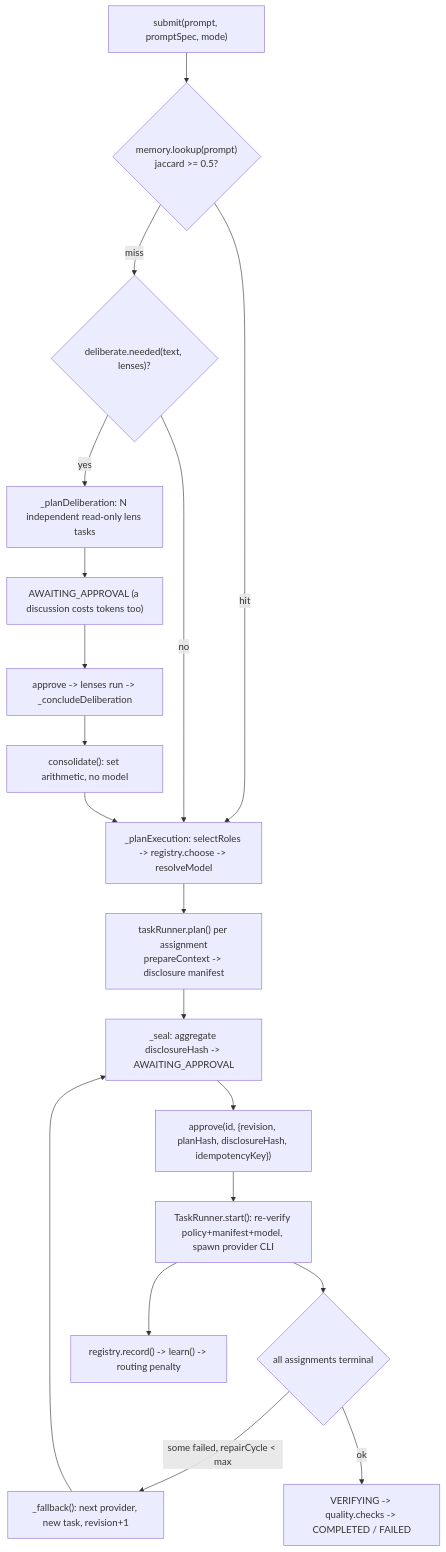
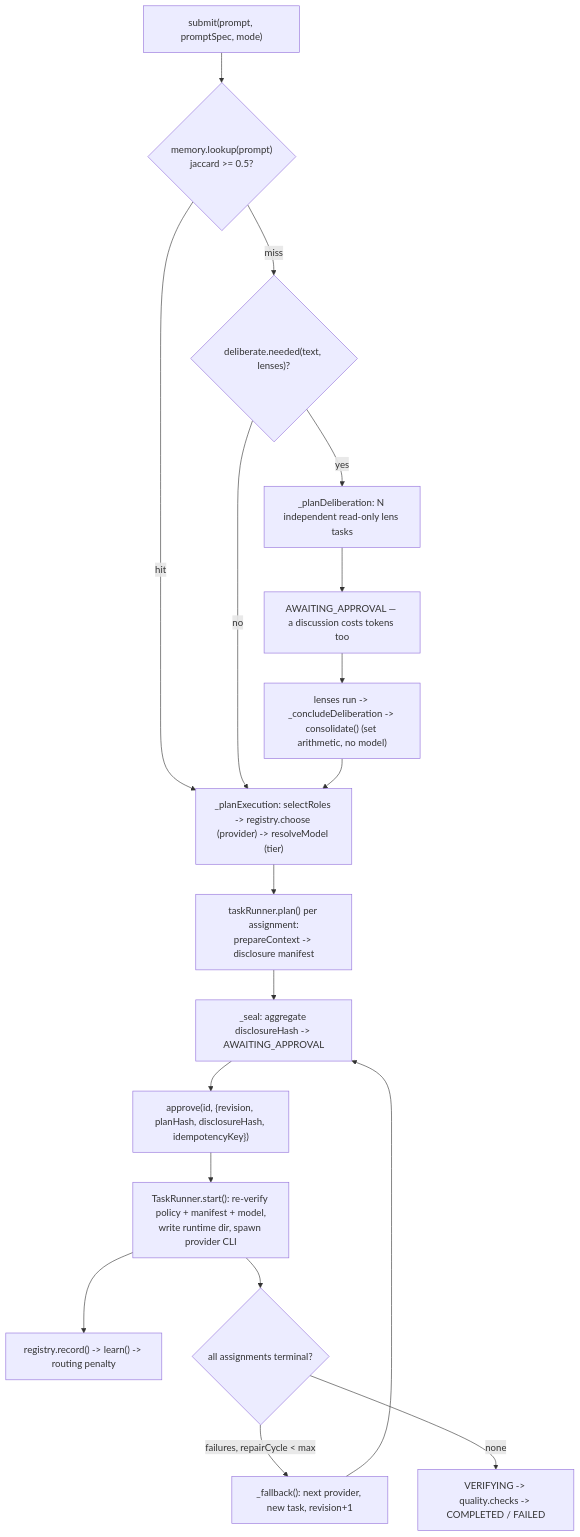
One commit to bigkijimon/bigkiji-universe changed the diagram in docs/architecture.md. Above: the diagram before and after it, drawn with Mermaid. The commit also changed other lines of this file and 6 other files, not shown here.

````diff
--- a/docs/architecture.md
+++ b/docs/architecture.md
@@ -208,21 +201,20 @@
 ```mermaid
 flowchart TD
   A["submit(prompt, promptSpec, mode)"] --> B{"memory.lookup(prompt)<br/>jaccard >= 0.5?"}
   B -- hit --> E
   B -- miss --> C{"deliberate.needed(text, lenses)?"}
   C -- no --> E
   C -- yes --> D["_planDeliberation: N independent read-only lens tasks"]
-  D --> D2["AWAITING_APPROVAL (a discussion costs tokens too)"]
-  D2 --> D3["approve -> lenses run -> _concludeDeliberation"]
-  D3 --> D4["consolidate(): set arithmetic, no model"]
-  D4 --> E
-  E["_planExecution: selectRoles -> registry.choose -> resolveModel"] --> F["taskRunner.plan() per assignment<br/>prepareContext -> disclosure manifest"]
+  D --> D2["AWAITING_APPROVAL — a discussion costs tokens too"]
+  D2 --> D3["lenses run -> _concludeDeliberation -> consolidate() (set arithmetic, no model)"]
+  D3 --> E
+  E["_planExecution: selectRoles -> registry.choose (provider) -> resolveModel (tier)"] --> F["taskRunner.plan() per assignment:<br/>prepareContext -> disclosure manifest"]
   F --> G["_seal: aggregate disclosureHash -> AWAITING_APPROVAL"]
   G --> H["approve(id, {revision, planHash, disclosureHash, idempotencyKey})"]
-  H --> I["TaskRunner.start(): re-verify policy+manifest+model, spawn provider CLI"]
-  I --> J{"all assignments terminal"}
-  J -- some failed, repairCycle < max --> K["_fallback(): next provider, new task, revision+1"]
+  H --> I["TaskRunner.start(): re-verify policy + manifest + model,<br/>write runtime dir, spawn provider CLI"]
+  I --> M["registry.record() -> learn() -> routing penalty"]
+  I --> J{"all assignments terminal?"}
+  J -- failures, repairCycle < max --> K["_fallback(): next provider, new task, revision+1"]
   K --> G
-  J -- ok --> L["VERIFYING -> quality.checks -> COMPLETED / FAILED"]
-  I --> M["registry.record() -> learn() -> routing penalty"]
+  J -- none --> L["VERIFYING -> quality.checks -> COMPLETED / FAILED"]
 ```
````
